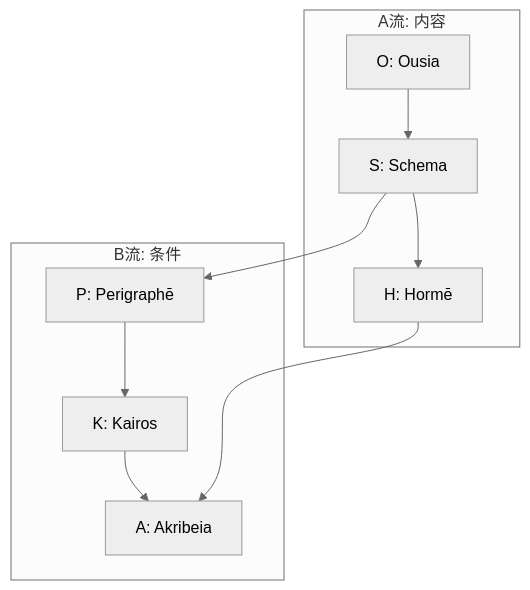
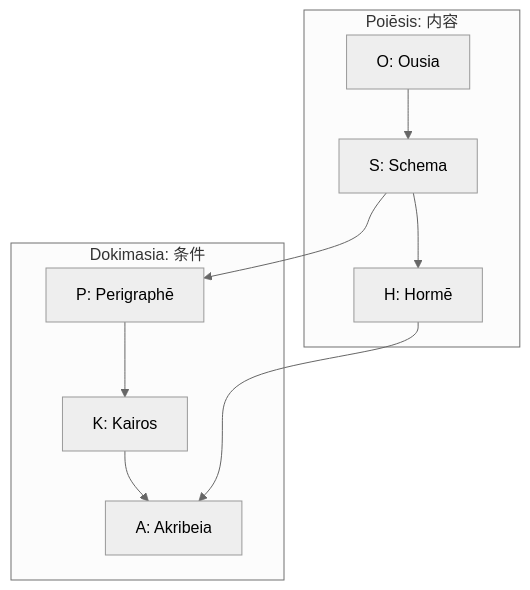
Before and after one commit to laihuip001/hegemonikon: the second of 2 diagrams in kernel/axiom_hierarchy.md, drawn with Mermaid (neutral theme). The commit also changed other lines of this file and 243 other files, not shown here.

````diff
--- a/kernel/axiom_hierarchy.md
+++ b/kernel/axiom_hierarchy.md
@@ -150,15 +150,15 @@
 ```mermaid
 graph TD
-    subgraph "A流: 内容"
+    subgraph "Poiēsis: 内容"
         O[O: Ousia] --> S[S: Schema]
         S --> H[H: Hormē]
     end
     
-    subgraph "B流: 条件"
+    subgraph "Dokimasia: 条件"
         S --> P[P: Perigraphē]
         P --> K[K: Kairos]
         K --> A[A: Akribeia]
     end
     
     H --> A
 ```
````
